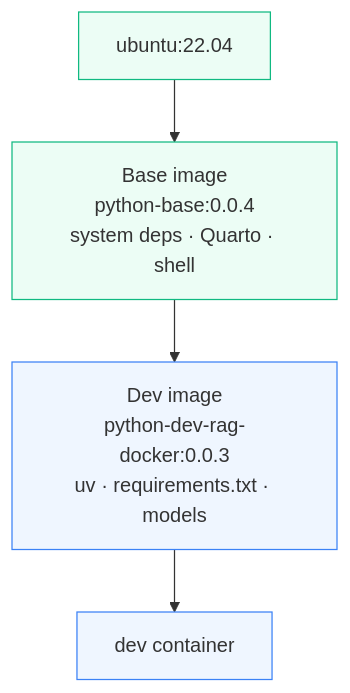
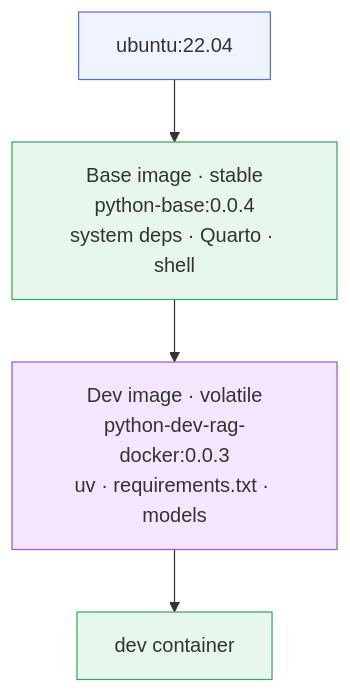
Before and after one commit to LinkedInLearning/docker-for-local-ai-app-development-build-lightweight-containerized-ai-applications-11189001: the diagram in chapter_3/l5/README.md, drawn with Mermaid. The commit also changed 4 other files, not shown here.

````diff
--- a/chapter_3/l5/README.md
+++ b/chapter_3/l5/README.md
@@ -74,11 +74,13 @@
 ```mermaid
 flowchart TD
-    U[ubuntu:22.04] --> BASE["Base image<br/>python-base:0.0.4<br/>system deps · Quarto · shell"]
-    BASE --> DEV["Dev image<br/>python-dev-rag-docker:0.0.3<br/>uv · requirements.txt · models"]
+    U[ubuntu:22.04] --> BASE["Base image · stable<br/>python-base:0.0.4<br/>system deps · Quarto · shell"]
+    BASE --> DEV["Dev image · volatile<br/>python-dev-rag-docker:0.0.3<br/>uv · requirements.txt · models"]
     DEV --> C["dev container"]
 
-    classDef stable fill:#ecfdf5,stroke:#10b981;
-    classDef volatile fill:#eff6ff,stroke:#3b82f6;
-    class U,BASE stable
-    class DEV,C volatile
+    classDef input fill:#f0f4ff,stroke:#5b6ee1,stroke-width:1px;
+    classDef stable fill:#e8f7ee,stroke:#3aa667,stroke-width:1px;
+    classDef volatile fill:#f5e6ff,stroke:#9b5bd1,stroke-width:1px;
+    class U input
+    class BASE,C stable
+    class DEV volatile
 ```
````
